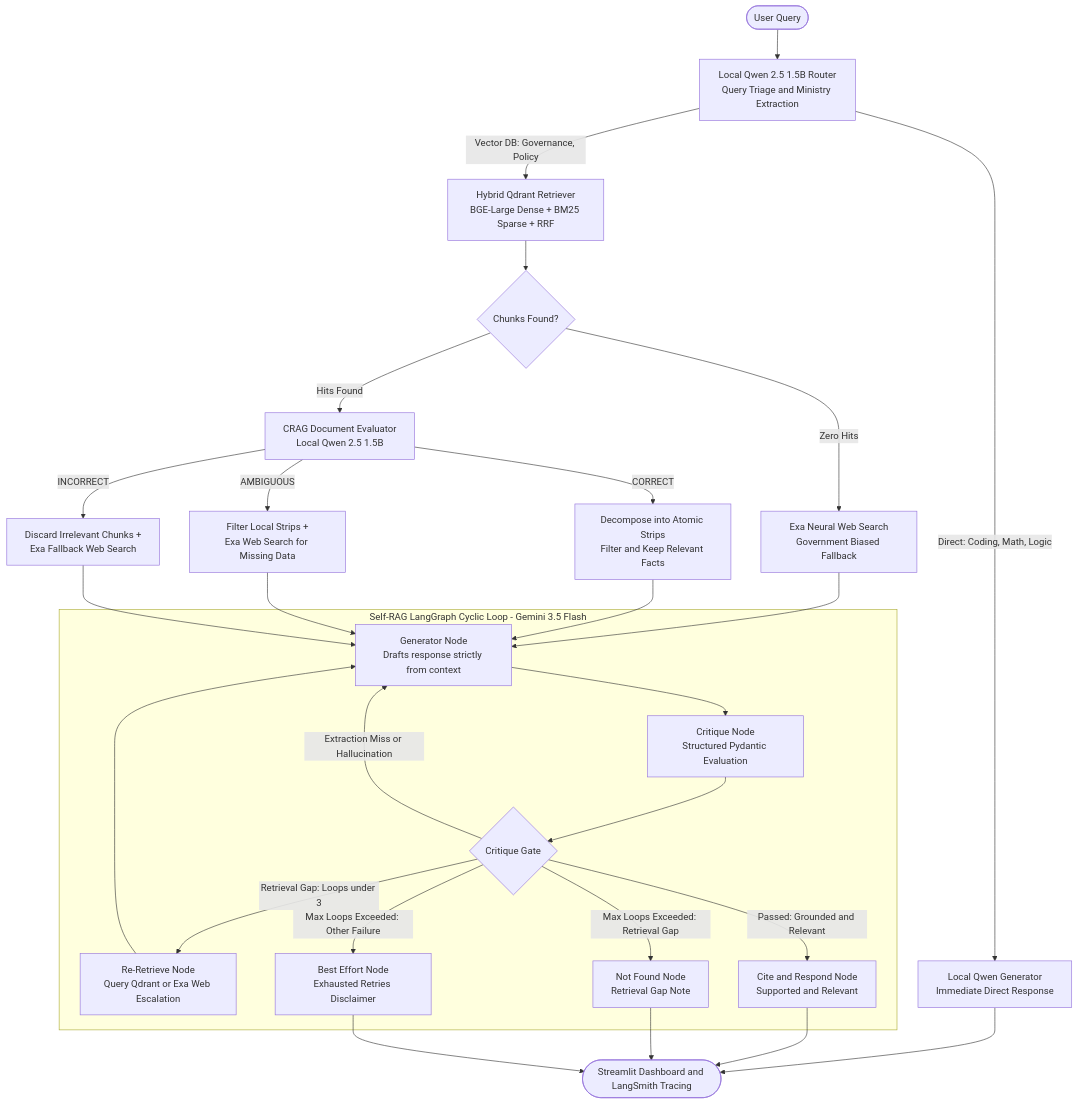
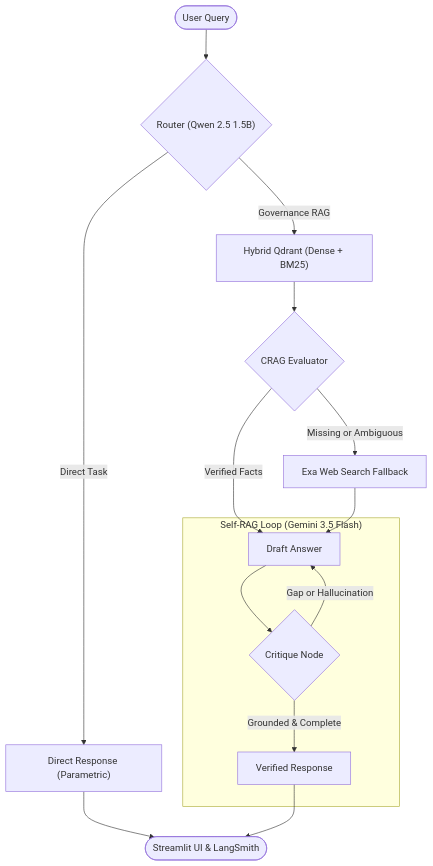
One commit to jusspatel/press-release-rag changed the diagram in README.md. Above: the diagram before and after it, drawn with Mermaid.

````diff
--- a/README.md
+++ b/README.md
@@ -11,46 +11,21 @@
 ```mermaid
 flowchart TD
-    UserQuery(["User Query"]) --> Router["Local Qwen 2.5 1.5B Router<br>Query Triage and Ministry Extraction"]
+    Query(["User Query"]) --> Router{"Router (Qwen 2.5 1.5B)"}
 
-    Router -->|Direct: Coding, Math, Logic| DirectGen["Local Qwen Generator<br>Immediate Direct Response"]
-    Router -->|Vector DB: Governance, Policy| HybridRet["Hybrid Qdrant Retriever<br>BGE-Large Dense + BM25 Sparse + RRF"]
+    Router -->|Direct Task| Direct["Direct Response (Parametric)"]
+    Router -->|Governance RAG| Retriever["Hybrid Qdrant (Dense + BM25)"]
 
-    HybridRet --> LocalHits{"Chunks Found?"}
-    LocalHits -->|Zero Hits| ExaZeroFallback["Exa Neural Web Search<br>Government Biased Fallback"]
-    LocalHits -->|Hits Found| CRAGEval["CRAG Document Evaluator<br>Local Qwen 2.5 1.5B"]
+    Retriever --> CRAG{"CRAG Evaluator"}
+    CRAG -->|Verified Facts| Draft
+    CRAG -->|Missing or Ambiguous| Exa["Exa Web Search Fallback"]
+    Exa --> Draft
 
-    CRAGEval -->|CORRECT| StripFilter["Decompose into Atomic Strips<br>Filter and Keep Relevant Facts"]
-    CRAGEval -->|AMBIGUOUS| StripFilterHybrid["Filter Local Strips +<br>Exa Web Search for Missing Data"]
-    CRAGEval -->|INCORRECT| ExaDiscardFallback["Discard Irrelevant Chunks +<br>Exa Fallback Web Search"]
-
-    ExaZeroFallback --> GeneratorNode
-    StripFilter --> GeneratorNode
-    StripFilterHybrid --> GeneratorNode
-    ExaDiscardFallback --> GeneratorNode
-
-    subgraph SelfRAG ["Self-RAG LangGraph Cyclic Loop - Gemini 3.5 Flash"]
-        GeneratorNode["Generator Node<br>Drafts response strictly from context"]
-        CritiqueNode["Critique Node<br>Structured Pydantic Evaluation"]
-        RetryGate{"Critique Gate"}
-        RetrieveNode["Re-Retrieve Node<br>Query Qdrant or Exa Web Escalation"]
-        CiteRespond["Cite and Respond Node<br>Supported and Relevant"]
-        NotFound["Not Found Node<br>Retrieval Gap Note"]
-        BestEffort["Best Effort Node<br>Exhausted Retries Disclaimer"]
-
-        GeneratorNode --> CritiqueNode
-        CritiqueNode --> RetryGate
-
-        RetryGate -->|Passed: Grounded and Relevant| CiteRespond
-        RetryGate -->|Extraction Miss or Hallucination| GeneratorNode
-        RetryGate -->|Retrieval Gap: Loops under 3| RetrieveNode
-        RetrieveNode --> GeneratorNode
-
-        RetryGate -->|Max Loops Exceeded: Retrieval Gap| NotFound
-        RetryGate -->|Max Loops Exceeded: Other Failure| BestEffort
+    subgraph SelfRAG ["Self-RAG Loop (Gemini 3.5 Flash)"]
+        Draft["Draft Answer"] --> Critique{"Critique Node"}
+        Critique -->|Grounded & Complete| Final["Verified Response"]
+        Critique -->|Gap or Hallucination| Draft
     end
 
-    DirectGen --> UI(["Streamlit Dashboard and LangSmith Tracing"])
-    CiteRespond --> UI
-    NotFound --> UI
-    BestEffort --> UI
+    Direct --> UI(["Streamlit UI & LangSmith"])
+    Final --> UI
 ```
````
